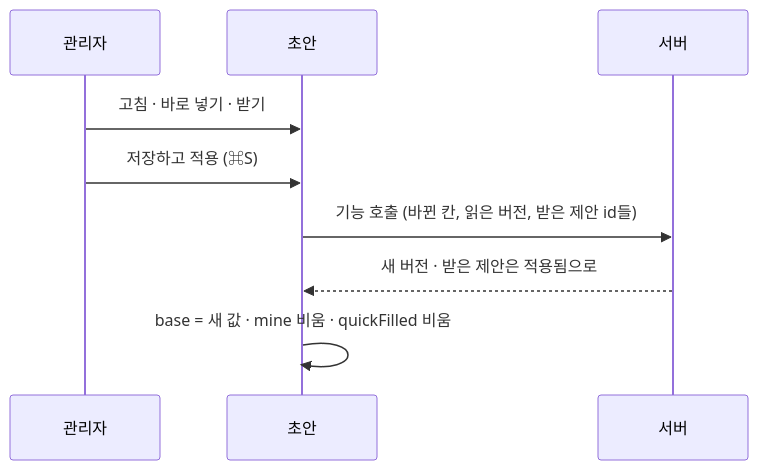
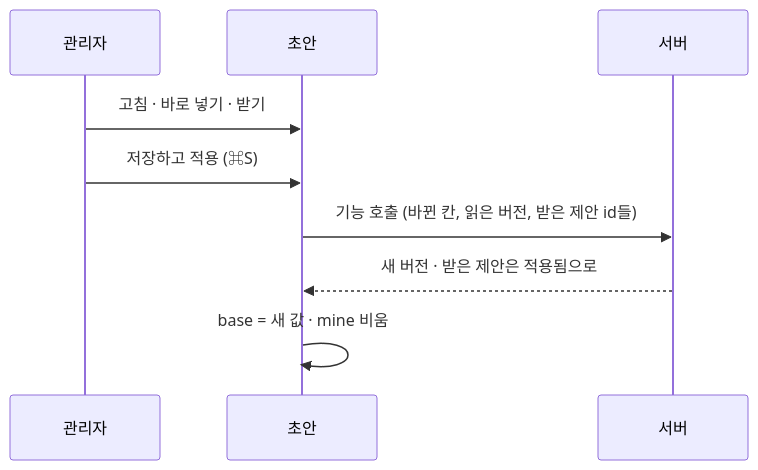
The third of 3 diagrams in docs/design/features/05-changes-and-proposals.md (monti-cms/monti), drawn with Mermaid before and after one commit. The commit also changed other lines of this file and 20 other files, not shown here.

````diff
--- a/docs/design/features/05-changes-and-proposals.md
+++ b/docs/design/features/05-changes-and-proposals.md
@@ -93,12 +93,12 @@
 ```mermaid
 sequenceDiagram
   participant U as 관리자
   participant D as 초안
   participant S as 서버
 
   U->>D: 고침 · 바로 넣기 · 받기
   U->>D: 저장하고 적용 (⌘S)
   D->>S: 기능 호출 (바뀐 칸, 읽은 버전, 받은 제안 id들)
   S-->>D: 새 버전 · 받은 제안은 적용됨으로
-  D->>D: base = 새 값 · mine 비움 · quickFilled 비움
+  D->>D: base = 새 값 · mine 비움
 ```
````
